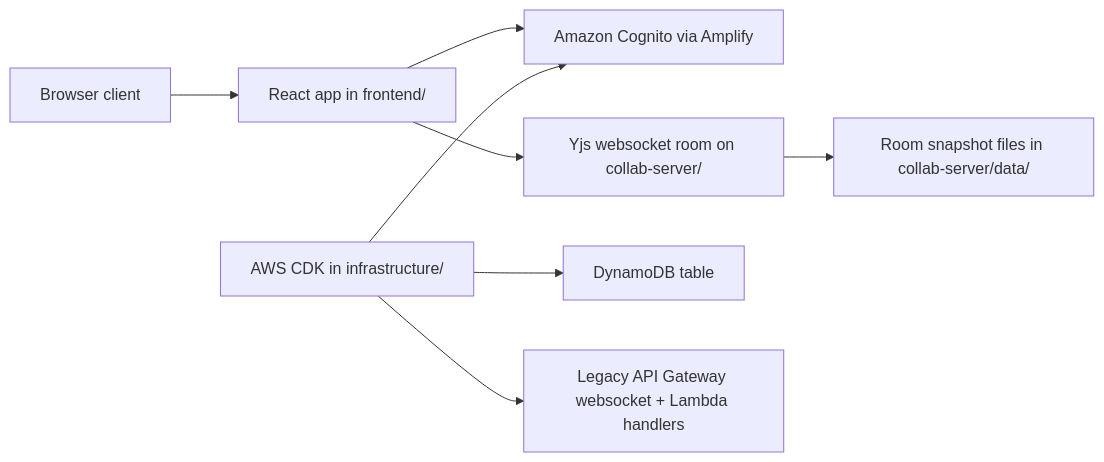
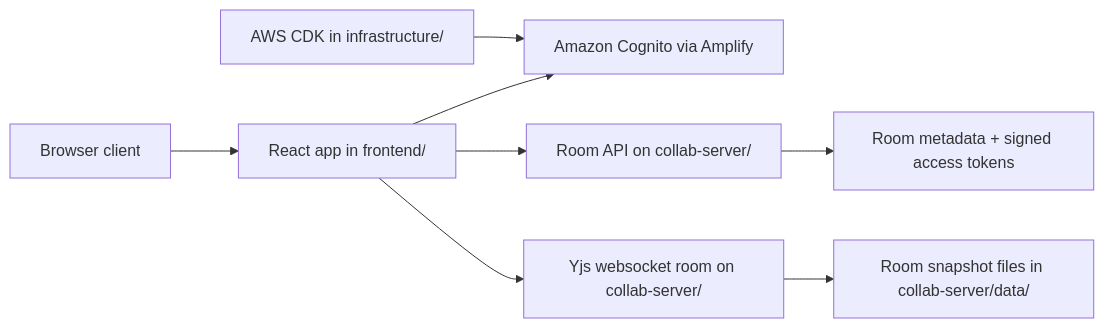
The first of 2 diagrams in docs/TECHNICAL_REPORT.md (404priyanshu/codeduel), drawn with Mermaid before and after one commit. The commit also changed other lines of this file and 8 other files, not shown here.

Commit message:
refactor: remove legacy realtime infrastructure

````diff
--- a/docs/TECHNICAL_REPORT.md
+++ b/docs/TECHNICAL_REPORT.md
@@ -82,10 +74,10 @@
 ```mermaid
 flowchart LR
     A["Browser client"] --> B["React app in frontend/"]
     B --> C["Amazon Cognito via Amplify"]
-    B --> D["Yjs websocket room on collab-server/"]
-    D --> E["Room snapshot files in collab-server/data/"]
-    F["AWS CDK in infrastructure/"] --> C
-    F --> G["DynamoDB table"]
-    F --> H["Legacy API Gateway websocket + Lambda handlers"]
+    B --> D["Room API on collab-server/"]
+    B --> E["Yjs websocket room on collab-server/"]
+    D --> F["Room metadata + signed access tokens"]
+    E --> G["Room snapshot files in collab-server/data/"]
+    H["AWS CDK in infrastructure/"] --> C
 ```
````
